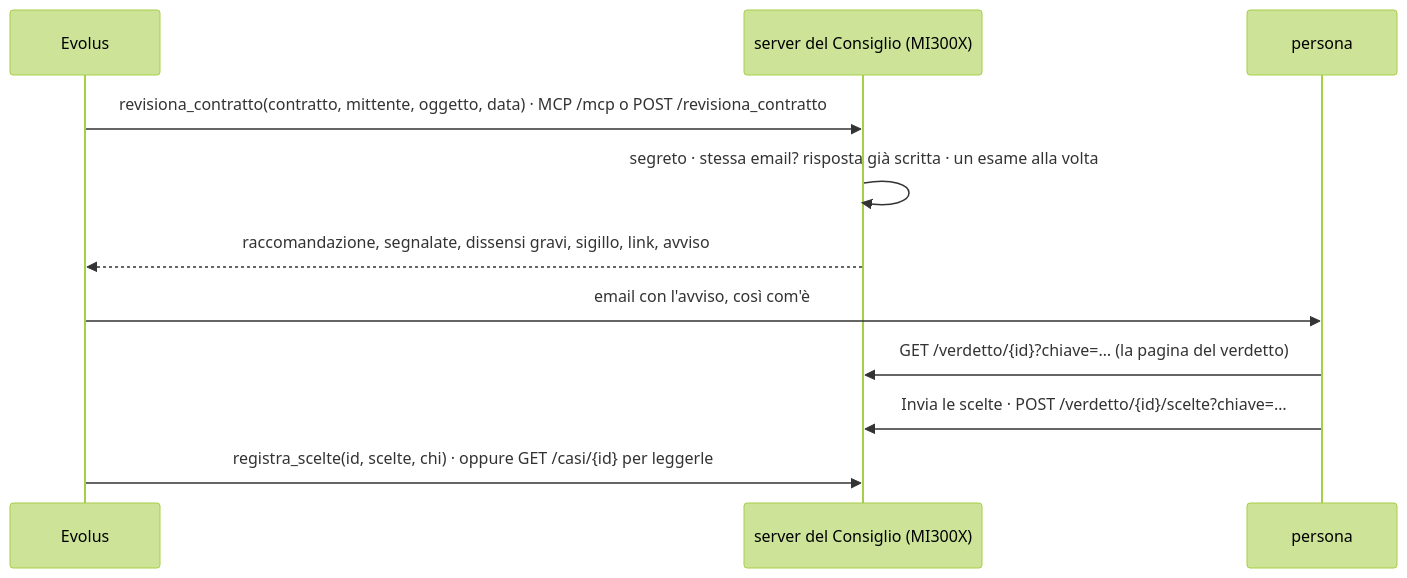
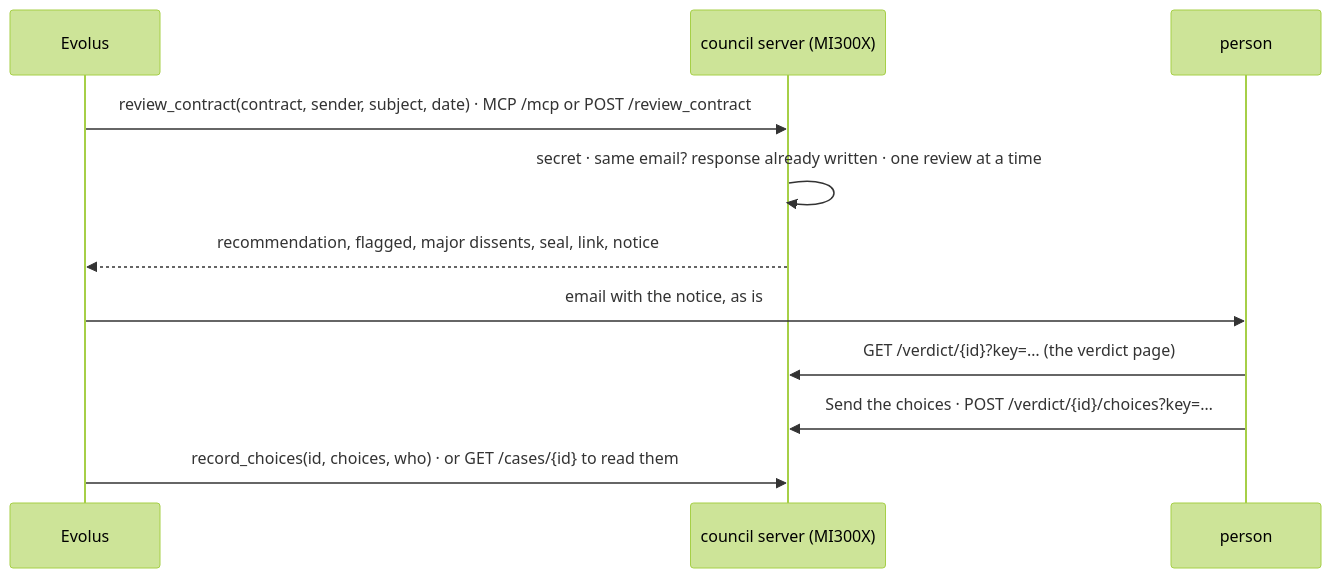
The diagram in council/service/README.md (AIVolve-Team/the-silent-council), drawn with Mermaid (forest theme) before and after one commit. The commit also changed other lines of this file and 38 other files, not shown here.

````diff
--- a/council/service/README.md
+++ b/council/service/README.md
@@ -7,13 +7,13 @@
 ```mermaid
 sequenceDiagram
     participant E as Evolus
-    participant S as server del Consiglio (MI300X)
-    participant P as persona
-    E->>S: revisiona_contratto(contratto, mittente, oggetto, data) · MCP /mcp o POST /revisiona_contratto
-    S->>S: segreto · stessa email? risposta già scritta · un esame alla volta
-    S-->>E: raccomandazione, segnalate, dissensi gravi, sigillo, link, avviso
-    E->>P: email con l'avviso, così com'è
-    P->>S: GET /verdetto/{id}?chiave=… (la pagina del verdetto)
-    P->>S: Invia le scelte · POST /verdetto/{id}/scelte?chiave=…
-    E->>S: registra_scelte(id, scelte, chi) · oppure GET /casi/{id} per leggerle
+    participant S as council server (MI300X)
+    participant P as person
+    E->>S: review_contract(contract, sender, subject, date) · MCP /mcp or POST /review_contract
+    S->>S: secret · same email? response already written · one review at a time
+    S-->>E: recommendation, flagged, major dissents, seal, link, notice
+    E->>P: email with the notice, as is
+    P->>S: GET /verdict/{id}?key=… (the verdict page)
+    P->>S: Send the choices · POST /verdict/{id}/choices?key=…
+    E->>S: record_choices(id, choices, who) · or GET /cases/{id} to read them
 ```
````
